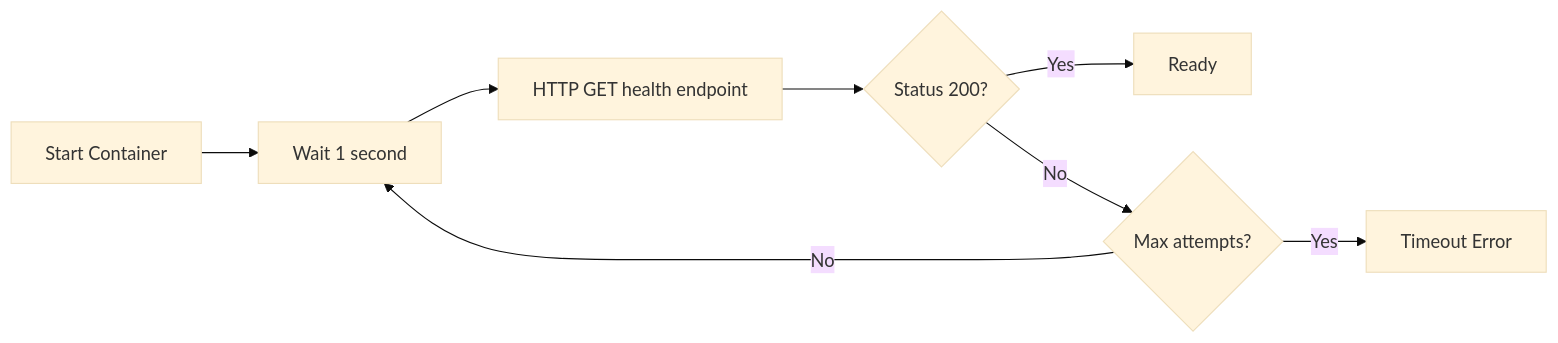
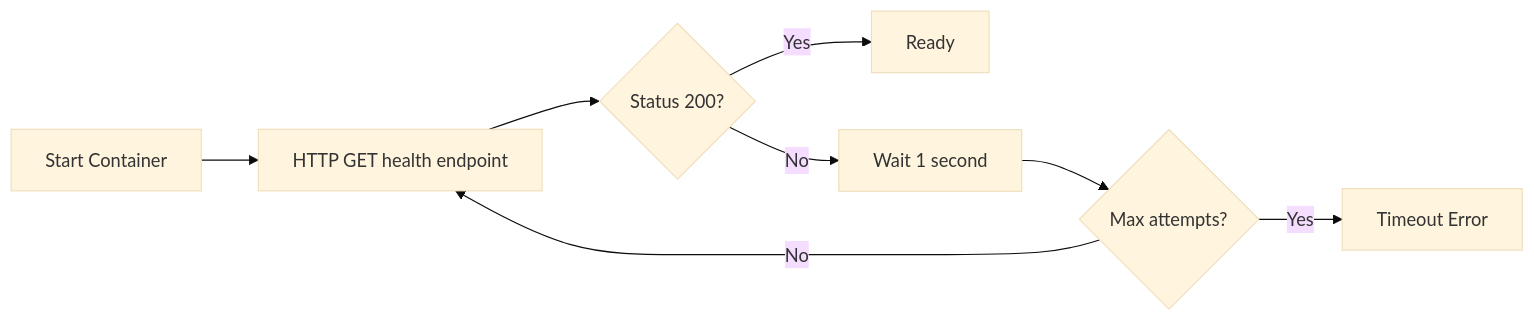
One commit to AtomiCloud/sulfone.boron changed the first of 2 diagrams in docs/developer/features/08-health-checks.md. Above: the diagram before and after it, drawn with Mermaid (base theme). The commit also changed other lines of this file and 27 other files, not shown here.

````diff
--- a/docs/developer/features/08-health-checks.md
+++ b/docs/developer/features/08-health-checks.md
@@ -32,10 +32,10 @@
 ```mermaid
 flowchart LR
-    A[Start Container] --> B[Wait 1 second]
-    B --> C[HTTP GET health endpoint]
+    A[Start Container] --> C[HTTP GET health endpoint]
     C --> D{Status 200?}
     D -->|Yes| E[Ready]
-    D -->|No| F{Max attempts?}
-    F -->|No| B
+    D -->|No| B[Wait 1 second]
+    B --> F{Max attempts?}
+    F -->|No| C
     F -->|Yes| G[Timeout Error]
 ```
````
